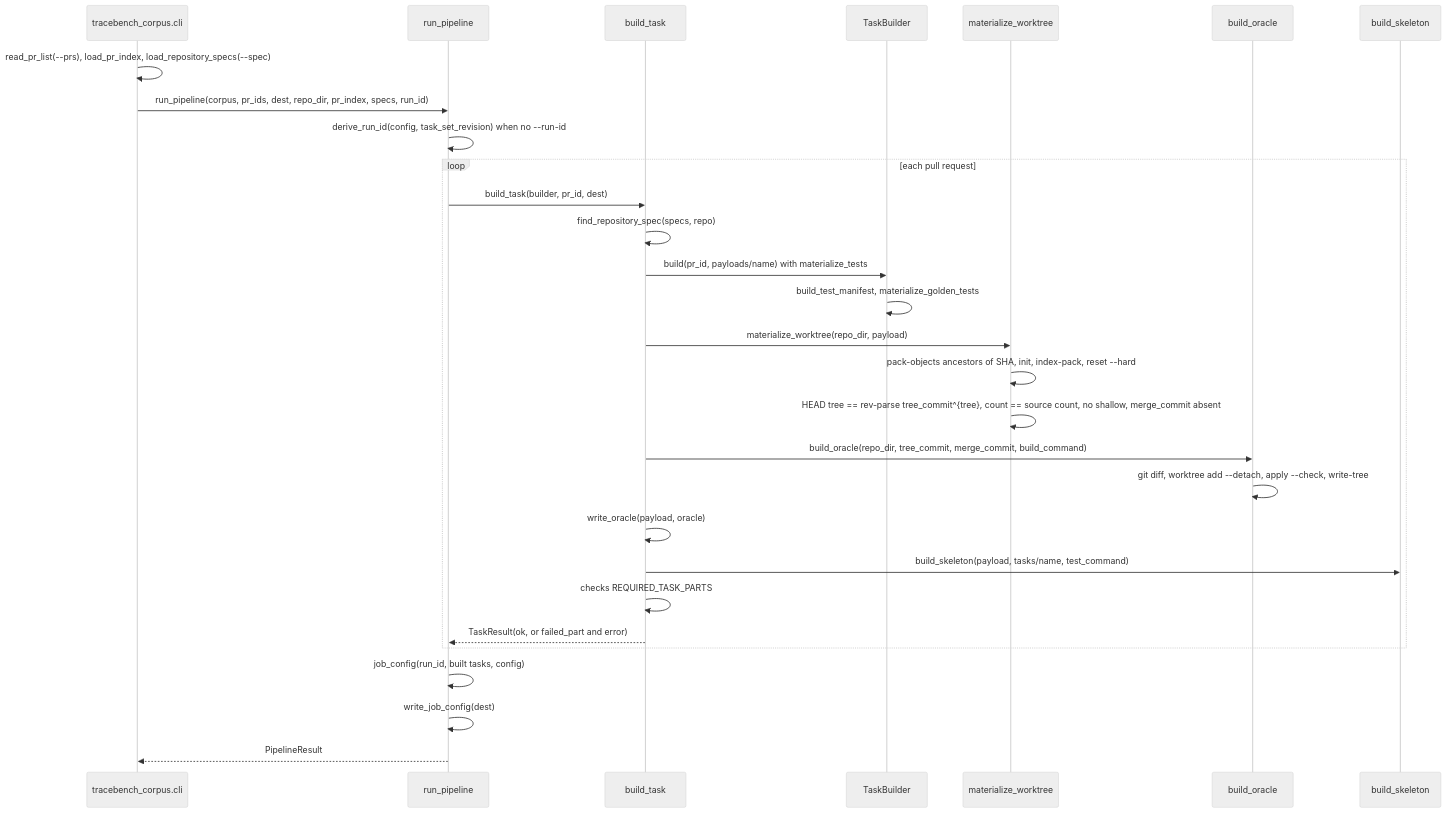
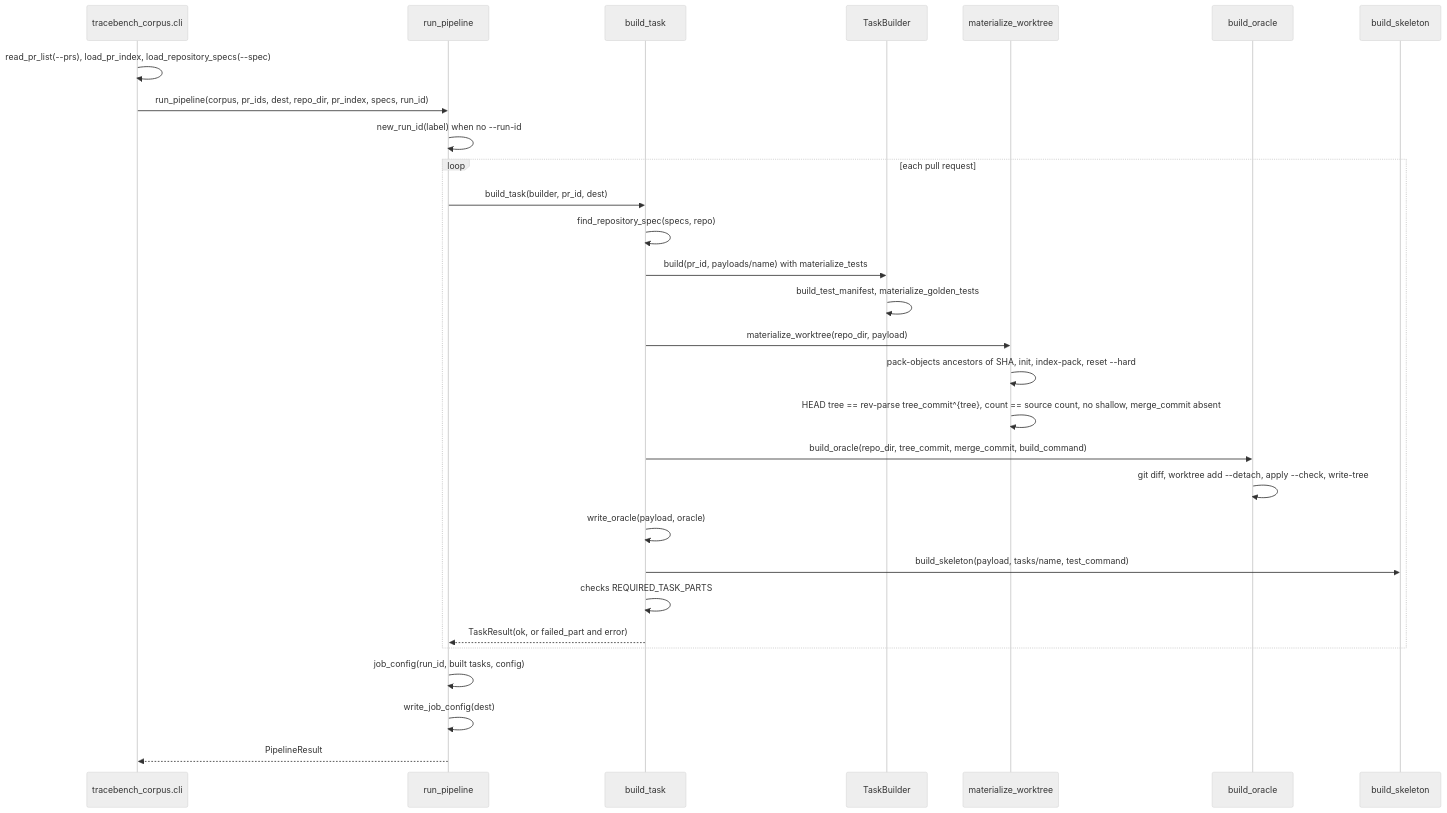
Diagram 13 of 15 in docs/architecture.md (dayvidpham/TraceBench), drawn with Mermaid (neutral theme) before and after one commit. The commit also changed other lines of this file and 6 other files, not shown here.

````diff
--- a/docs/architecture.md
+++ b/docs/architecture.md
@@ -772,31 +772,31 @@
 ```mermaid
 sequenceDiagram
   participant cli as tracebench_corpus.cli
   participant pl as run_pipeline
   participant bt as build_task
   participant tb as TaskBuilder
   participant wt as materialize_worktree
   participant orc as build_oracle
   participant sk as build_skeleton
   cli->>cli: read_pr_list(--prs), load_pr_index, load_repository_specs(--spec)
   cli->>pl: run_pipeline(corpus, pr_ids, dest, repo_dir, pr_index, specs, run_id)
-  pl->>pl: derive_run_id(config, task_set_revision) when no --run-id
+  pl->>pl: new_run_id(label) when no --run-id
   loop each pull request
     pl->>bt: build_task(builder, pr_id, dest)
     bt->>bt: find_repository_spec(specs, repo)
     bt->>tb: build(pr_id, payloads/name) with materialize_tests
     tb->>tb: build_test_manifest, materialize_golden_tests
     bt->>wt: materialize_worktree(repo_dir, payload)
     wt->>wt: pack-objects ancestors of SHA, init, index-pack, reset --hard
     wt->>wt: HEAD tree == rev-parse tree_commit^{tree}, count == source count, no shallow, merge_commit absent
     bt->>orc: build_oracle(repo_dir, tree_commit, merge_commit, build_command)
     orc->>orc: git diff, worktree add --detach, apply --check, write-tree
     bt->>bt: write_oracle(payload, oracle)
     bt->>sk: build_skeleton(payload, tasks/name, test_command)
     bt->>bt: checks REQUIRED_TASK_PARTS
     bt-->>pl: TaskResult(ok, or failed_part and error)
   end
   pl->>pl: job_config(run_id, built tasks, config)
   pl->>pl: write_job_config(dest)
   pl-->>cli: PipelineResult
 ```
````
